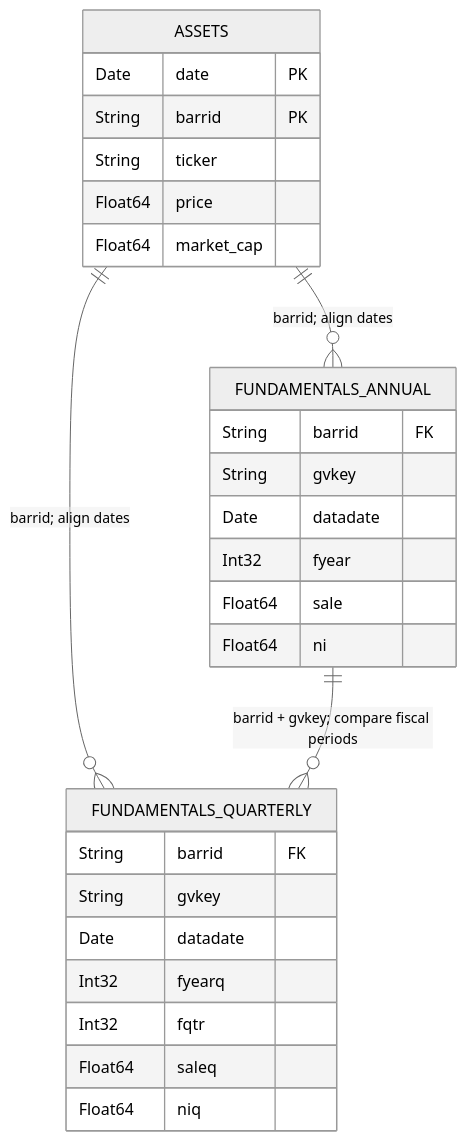
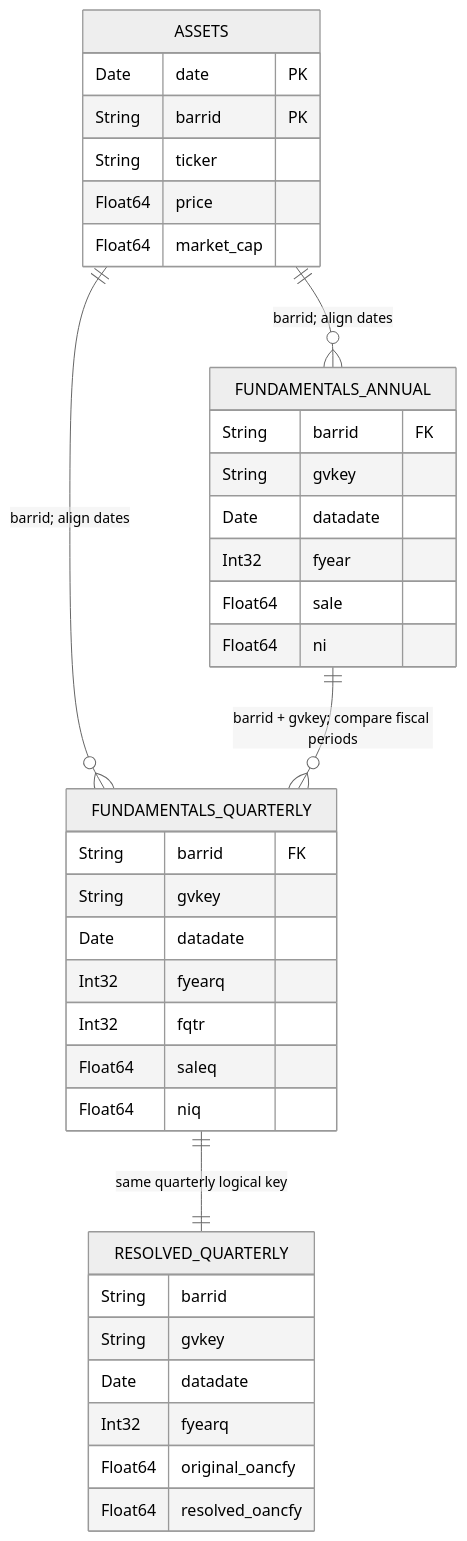
One commit to BYUSilverFund/sf-data-pipelines-quant changed the diagram in docs/fundamentals_table.md. Above: the diagram before and after it, drawn with Mermaid (neutral theme). The commit also changed other lines of this file and 35 other files, not shown here.

````diff
--- a/docs/fundamentals_table.md
+++ b/docs/fundamentals_table.md
@@ -179,31 +211,40 @@
 ```mermaid
 erDiagram
     ASSETS ||--o{ FUNDAMENTALS_ANNUAL : "barrid; align dates"
     ASSETS ||--o{ FUNDAMENTALS_QUARTERLY : "barrid; align dates"
+    FUNDAMENTALS_QUARTERLY ||--|| RESOLVED_QUARTERLY : "same quarterly logical key"
     FUNDAMENTALS_ANNUAL ||--o{ FUNDAMENTALS_QUARTERLY : "barrid + gvkey; compare fiscal periods"
 
     ASSETS {
         Date date PK
         String barrid PK
         String ticker
         Float64 price
         Float64 market_cap
     }
     FUNDAMENTALS_ANNUAL {
         String barrid FK
         String gvkey
         Date datadate
         Int32 fyear
         Float64 sale
         Float64 ni
     }
     FUNDAMENTALS_QUARTERLY {
         String barrid FK
         String gvkey
         Date datadate
         Int32 fyearq
         Int32 fqtr
         Float64 saleq
         Float64 niq
     }
+    RESOLVED_QUARTERLY {
+        String barrid
+        String gvkey
+        Date datadate
+        Int32 fyearq
+        Float64 original_oancfy
+        Float64 resolved_oancfy
+    }
 ```
````
